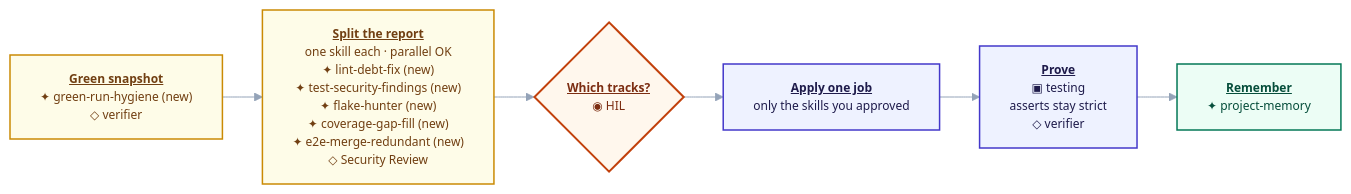
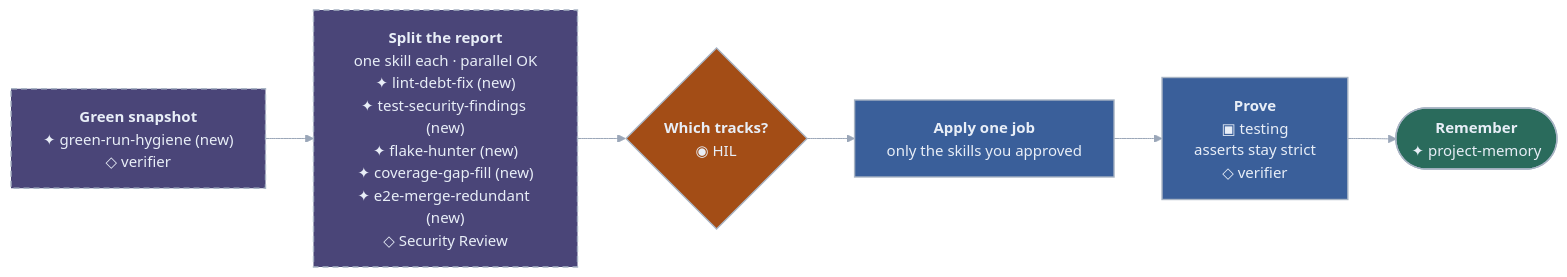
Diagram 11 of 14 in README.md (RaphaelBecker/cursor-harness), drawn with Mermaid before and after one commit. The commit also changed other lines of this file and 12 other files, not shown here.

````diff
--- a/README.md
+++ b/README.md
@@ -669,21 +641,21 @@
 ```mermaid
-%%{init: {"theme":"base","themeVariables":{"fontFamily":"ui-sans-serif,system-ui,sans-serif","fontSize":"12px","lineColor":"#94a3b8"},"flowchart":{"curve":"basis","htmlLabels":true,"nodeSpacing":22,"rankSpacing":40}}}%%
+%%{init: {"theme":"base","themeVariables":{"darkMode":true,"fontFamily":"ui-sans-serif, system-ui, -apple-system, Segoe UI, sans-serif","fontSize":"15px","background":"#2B313C","lineColor":"#9AA6B8","textColor":"#9AA6B8","primaryTextColor":"#E8EEF7","edgeLabelBackground":"#2B313C"},"flowchart":{"curve":"basis","htmlLabels":true,"nodeSpacing":31,"rankSpacing":48,"padding":16,"useMaxWidth":true}}}%%
 flowchart LR
-  u1["<b><u>Green snapshot</u></b><br/>✦ green-run-hygiene (new)<br/>◇ verifier"]
-  u2["<b><u>Split the report</u></b><br/>one skill each · parallel OK<br/>✦ lint-debt-fix (new)<br/>✦ test-security-findings (new)<br/>✦ flake-hunter (new)<br/>✦ coverage-gap-fill (new)<br/>✦ e2e-merge-redundant (new)<br/>◇ Security Review"]
-  u3{"<b><u>Which tracks?</u></b><br/>◉ HIL"}
-  u4["<b><u>Apply one job</u></b><br/>only the skills you approved"]
-  u5["<b><u>Prove</u></b><br/>▣ testing<br/>asserts stay strict<br/>◇ verifier"]
-  u6["<b><u>Remember</u></b><br/>✦ project-memory"]
+  u1["<b>Green snapshot</b><br/>✦ green-run-hygiene (new)<br/>◇ verifier"]
+  u2["<b>Split the report</b><br/>one skill each · parallel OK<br/>✦ lint-debt-fix (new)<br/>✦ test-security-findings (new)<br/>✦ flake-hunter (new)<br/>✦ coverage-gap-fill (new)<br/>✦ e2e-merge-redundant (new)<br/>◇ Security Review"]
+  u3{"<b>Which tracks?</b><br/>◉ HIL"}
+  u4["<b>Apply one job</b><br/>only the skills you approved"]
+  u5["<b>Prove</b><br/>▣ testing<br/>asserts stay strict<br/>◇ verifier"]
+  u6(["<b>Remember</b><br/>✦ project-memory"])
 
   u1 --> u2 --> u3 --> u4 --> u5 --> u6
 
-  classDef skill fill:#eef2ff,stroke:#4338ca,stroke-width:1.5px,color:#1e1b4b
-  classDef proposed fill:#fefce8,stroke:#ca8a04,stroke-width:1.5px,color:#713f12
-  classDef hil fill:#fff7ed,stroke:#c2410c,stroke-width:2px,color:#7c2d12
-  classDef done fill:#ecfdf5,stroke:#047857,stroke-width:1.5px,color:#064e3b
+  classDef skill fill:#3A5F9A,stroke:#A8B4C4,stroke-width:1.4px,color:#E8EEF7
+  classDef proposed fill:#4A4578,stroke:#A8B4C4,stroke-width:1.4px,color:#E8EEF7,stroke-dasharray:6 4
+  classDef hil fill:#A34D16,stroke:#A8B4C4,stroke-width:1.4px,color:#E8EEF7
+  classDef done fill:#2A6B5C,stroke:#A8B4C4,stroke-width:1.4px,color:#E8EEF7
   class u4,u5 skill
   class u1,u2 proposed
   class u3 hil
   class u6 done
 ```
````
